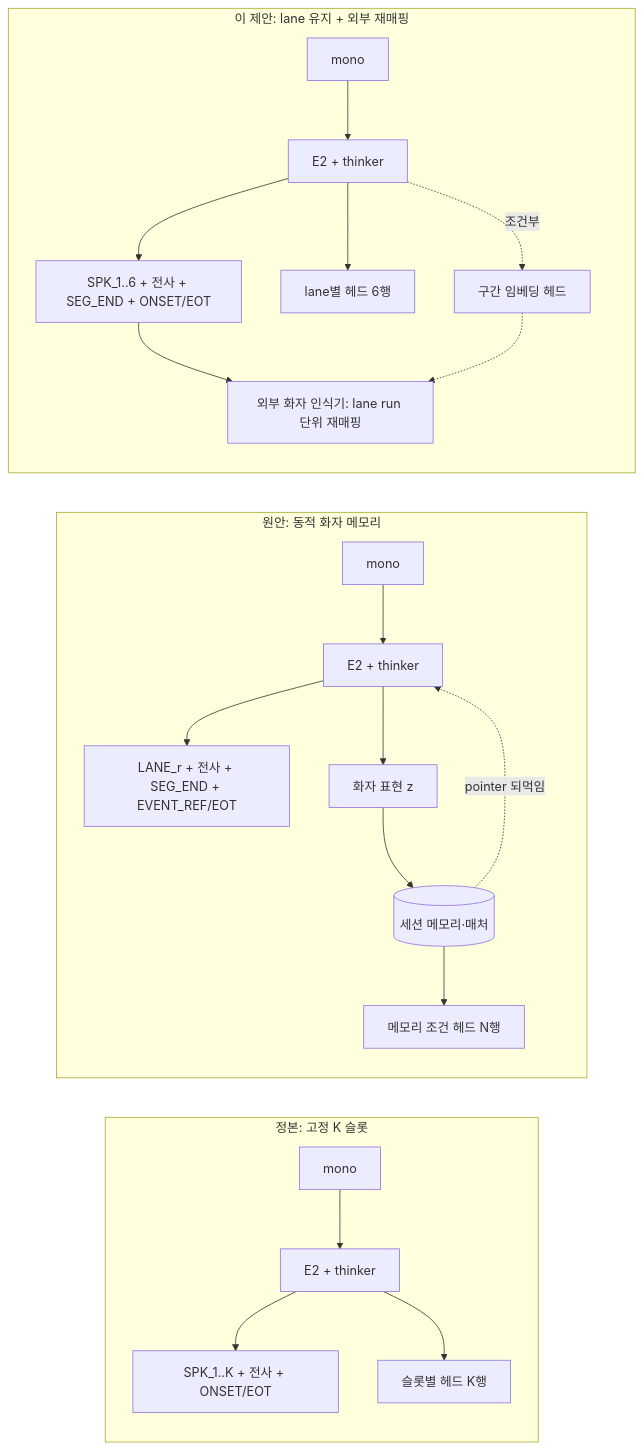
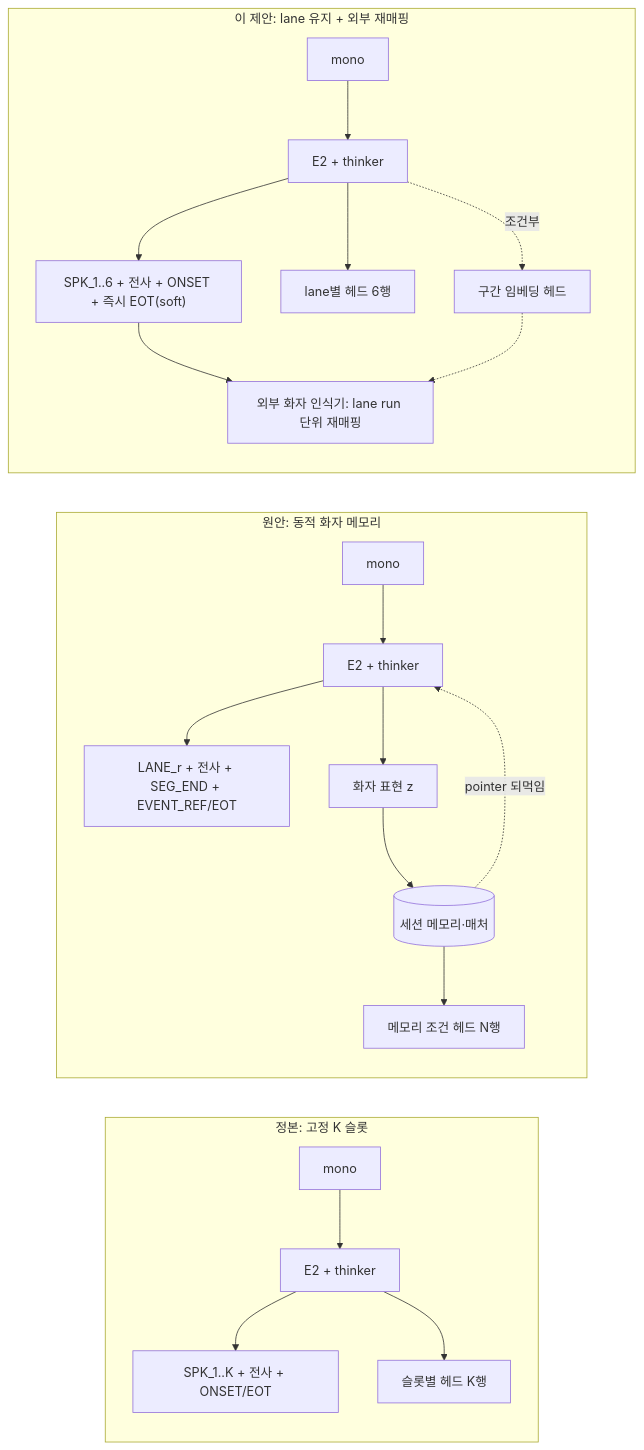
Before and after one commit to tskim9439/VAP: the first of 3 diagrams in wiki/outputs/output-phase2-lane-proposal-report.md, drawn with Mermaid. The commit also changed other lines of this file and 4 other files, not shown here.

Commit message:
decision: EOT 즉시 방출 + soft label(SEG_END 제거); v2 계획 §11·보고서 갱신; 구간 끝 결과 분류 실측(AMI/ICSI/NOTSOFAR/71631)

````diff
--- a/wiki/outputs/output-phase2-lane-proposal-report.md
+++ b/wiki/outputs/output-phase2-lane-proposal-report.md
@@ -35,18 +35,18 @@
 ```mermaid
 flowchart LR
   subgraph P1["정본: 고정 K 슬롯"]
     a1[mono] --> a2[E2 + thinker] --> a3["SPK_1..K + 전사 + ONSET/EOT"]
     a2 --> a4[슬롯별 헤드 K행]
   end
   subgraph P2["원안: 동적 화자 메모리"]
     b1[mono] --> b2[E2 + thinker] --> b3["LANE_r + 전사 + SEG_END + EVENT_REF/EOT"]
     b2 --> b5[화자 표현 z] --> b6[(세션 메모리·매처)] --> b7[메모리 조건 헤드 N행]
     b6 -. pointer 되먹임 .-> b2
   end
   subgraph P3["이 제안: lane 유지 + 외부 재매핑"]
-    c1[mono] --> c2[E2 + thinker] --> c3["SPK_1..6 + 전사 + SEG_END + ONSET/EOT"]
+    c1[mono] --> c2[E2 + thinker] --> c3["SPK_1..6 + 전사 + ONSET + 즉시 EOT(soft)"]
     c2 --> c4[lane별 헤드 6행]
     c3 --> c5[외부 화자 인식기: lane run 단위 재매핑]
     c2 -. 조건부 .-> c6[구간 임베딩 헤드] -.-> c5
   end
 ```
````
